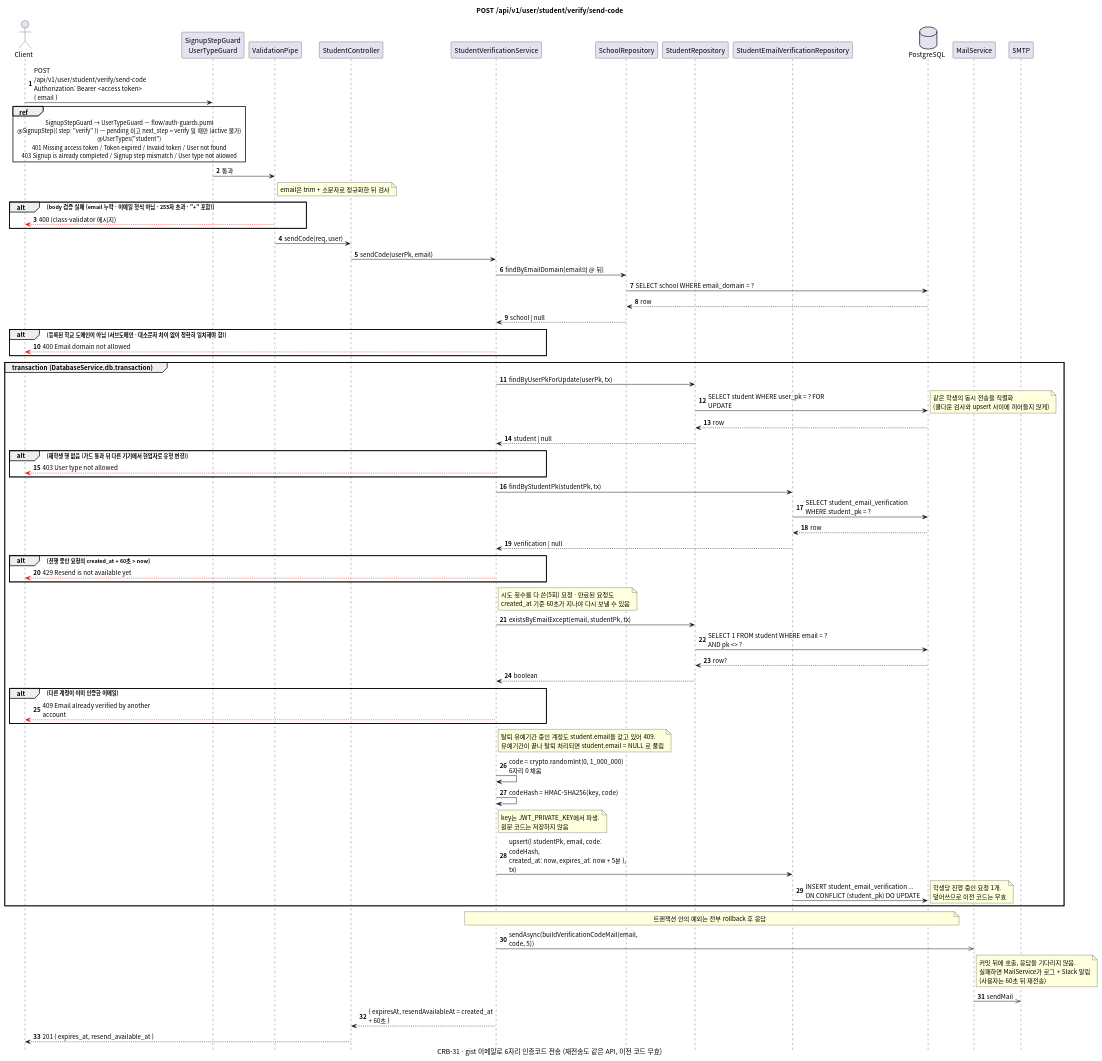
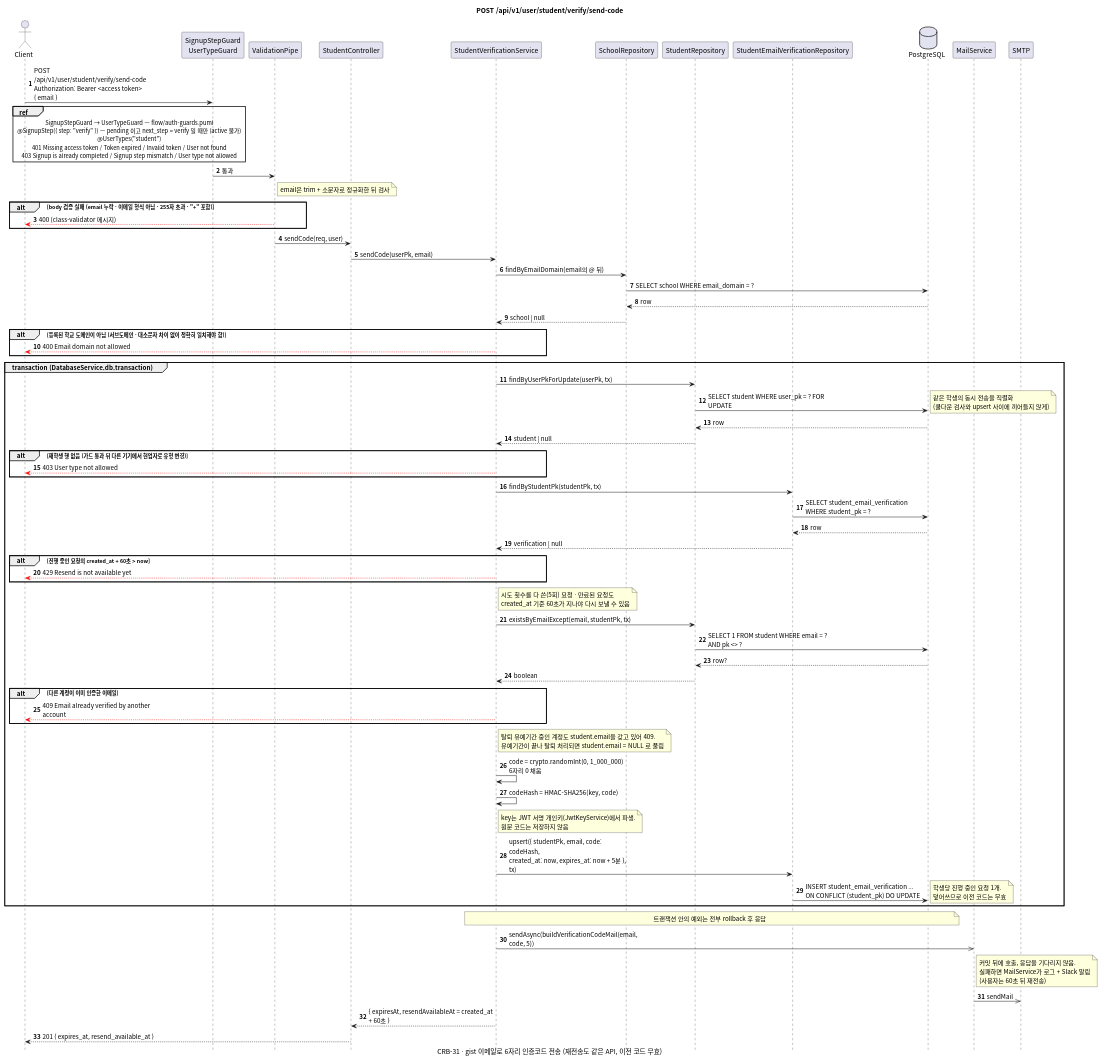
One commit to gsainfoteam/cheers-be changed the diagram in docs/sequence/student/post-verify-send-code.puml. Above: the diagram before and after it, drawn with PlantUML. The commit also changed 2 other files, not shown here.

Commit message:
- docs: add JWT signing key bootstrap sequence diagram (CRB-56)

```diff
--- a/docs/sequence/student/post-verify-send-code.puml
+++ b/docs/sequence/student/post-verify-send-code.puml
@@ -1,104 +1,104 @@
 @startuml post-verify-send-code
 skinparam defaultFontName "Apple SD Gothic Neo", "Noto Sans CJK KR", sans-serif
 skinparam responseMessageBelowArrow true
 skinparam sequenceMessageAlign left
 skinparam maxMessageSize 260
 skinparam BoxPadding 8
 skinparam shadowing false
 autonumber
 hide footbox
 
 title POST /api/v1/user/student/verify/send-code
 caption CRB-31 · gist 이메일로 6자리 인증코드 전송 (재전송도 같은 API, 이전 코드 무효)
 
 actor Client
 participant "SignupStepGuard\nUserTypeGuard" as Guard
 participant "ValidationPipe" as Pipe
 participant "StudentController" as Controller
 participant "StudentVerificationService" as Service
 participant "SchoolRepository" as SchoolRepository
 participant "StudentRepository" as StudentRepository
 participant "StudentEmailVerificationRepository" as VerificationRepository
 database PostgreSQL
 participant "MailService" as MailService
 participant "SMTP"
 
 Client -> Guard: POST /api/v1/user/student/verify/send-code\nAuthorization: Bearer <access token>\n{ email }
 ref over Client, Guard
   SignupStepGuard → UserTypeGuard — flow/auth-guards.puml
   @SignupStep({ step: "verify" }) — pending 이고 next_step = verify 일 때만 (active 불가)
   @UserTypes("student")
   401 Missing access token / Token expired / Invalid token / User not found
   403 Signup is already completed / Signup step mismatch / User type not allowed
 end ref
 Guard -> Pipe: 통과
 note right of Pipe: email은 trim + 소문자로 정규화한 뒤 검사
 alt body 검증 실패 (email 누락 · 이메일 형식 아님 · 255자 초과 · "+" 포함)
   Pipe -[#red]-> Client: 400 (class-validator 메시지)
 end
 Pipe -> Controller: sendCode(req, user)
 Controller -> Service: sendCode(userPk, email)
 
 Service -> SchoolRepository: findByEmailDomain(email의 @ 뒤)
 SchoolRepository -> PostgreSQL: SELECT school WHERE email_domain = ?
 PostgreSQL --> SchoolRepository: row
 SchoolRepository --> Service: school | null
 alt 등록된 학교 도메인이 아님 (서브도메인 · 대소문자 차이 없이 정확히 일치해야 함)
   Service -[#red]-> Client: 400 Email domain not allowed
 end
 
 group transaction (DatabaseService.db.transaction)
   Service -> StudentRepository: findByUserPkForUpdate(userPk, tx)
   StudentRepository -> PostgreSQL: SELECT student WHERE user_pk = ? FOR UPDATE
   note right: 같은 학생의 동시 전송을 직렬화\n(쿨다운 검사와 upsert 사이에 끼어들지 않게)
   PostgreSQL --> StudentRepository: row
   StudentRepository --> Service: student | null
   alt 재학생 행 없음 (가드 통과 뒤 다른 기기에서 현업자로 유형 변경)
     Service -[#red]-> Client: 403 User type not allowed
   end
 
   Service -> VerificationRepository: findByStudentPk(studentPk, tx)
   VerificationRepository -> PostgreSQL: SELECT student_email_verification WHERE student_pk = ?
   PostgreSQL --> VerificationRepository: row
   VerificationRepository --> Service: verification | null
   alt 진행 중인 요청의 created_at + 60초 > now
     Service -[#red]-> Client: 429 Resend is not available yet
   end
   note right of Service
     시도 횟수를 다 쓴(5회) 요청 · 만료된 요청도
     created_at 기준 60초가 지나야 다시 보낼 수 있음
   end note
 
   Service -> StudentRepository: existsByEmailExcept(email, studentPk, tx)
   StudentRepository -> PostgreSQL: SELECT 1 FROM student WHERE email = ? AND pk <> ?
   PostgreSQL --> StudentRepository: row?
   StudentRepository --> Service: boolean
   alt 다른 계정이 이미 인증한 이메일
     Service -[#red]-> Client: 409 Email already verified by another account
   end
   note right of Service
     탈퇴 유예기간 중인 계정도 student.email을 갖고 있어 409.
     유예기간이 끝나 탈퇴 처리되면 student.email = NULL 로 풀림
   end note
 
   Service -> Service: code = crypto.randomInt(0, 1_000_000)\n6자리 0 채움
   Service -> Service: codeHash = HMAC-SHA256(key, code)
-  note right of Service: key는 JWT_PRIVATE_KEY에서 파생.\n원문 코드는 저장하지 않음
+  note right of Service: key는 JWT 서명 개인키(JwtKeyService)에서 파생.\n원문 코드는 저장하지 않음
   Service -> VerificationRepository: upsert({ studentPk, email, code: codeHash,\ncreated_at: now, expires_at: now + 5분 }, tx)
   VerificationRepository -> PostgreSQL: INSERT student_email_verification ...\nON CONFLICT (student_pk) DO UPDATE
   note right: 학생당 진행 중인 요청 1개.\n덮어쓰므로 이전 코드는 무효
 end
 note over Service, PostgreSQL: 트랜잭션 안의 예외는 전부 rollback 후 응답
 
 Service ->> MailService: sendAsync(buildVerificationCodeMail(email, code, 5))
 note right of MailService
   커밋 뒤에 호출, 응답을 기다리지 않음.
   실패하면 MailService가 로그 + Slack 알림
   (사용자는 60초 뒤 재전송)
 end note
 MailService ->> SMTP: sendMail
 
 Service --> Controller: { expiresAt, resendAvailableAt = created_at + 60초 }
 Controller --> Client: 201 { expires_at, resend_available_at }
 
 @enduml
```
